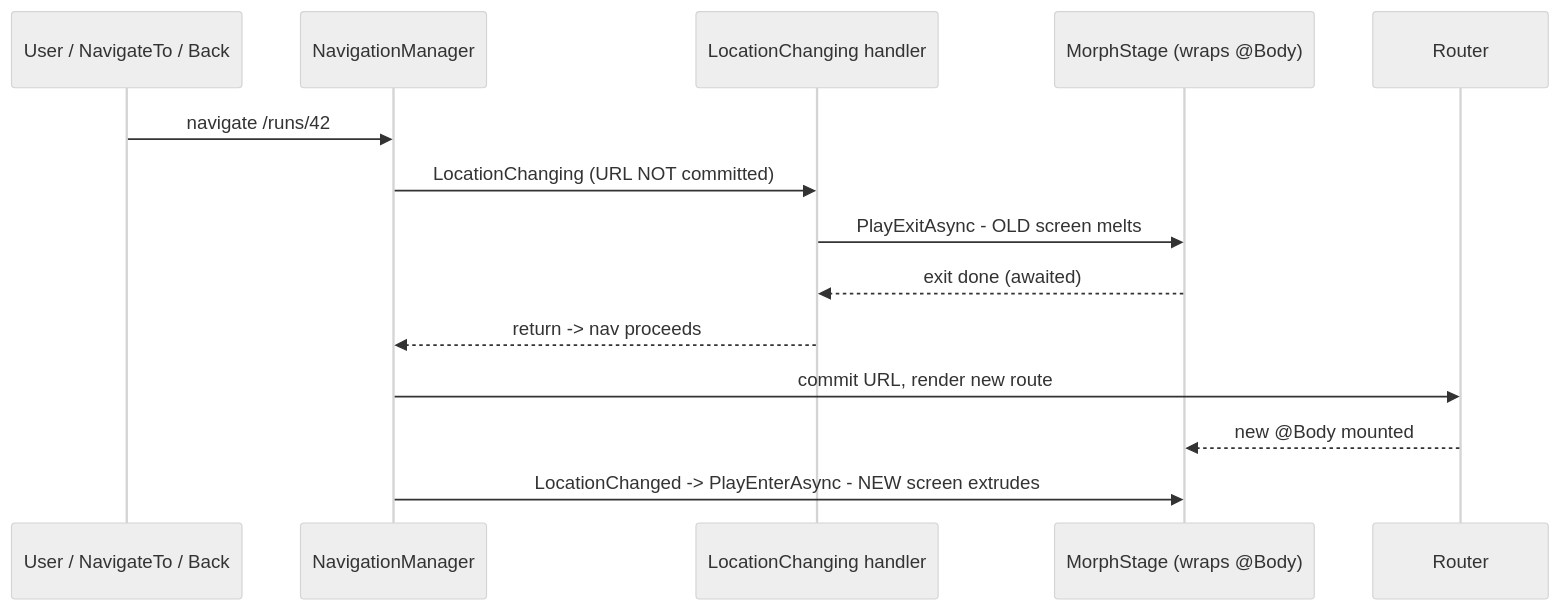
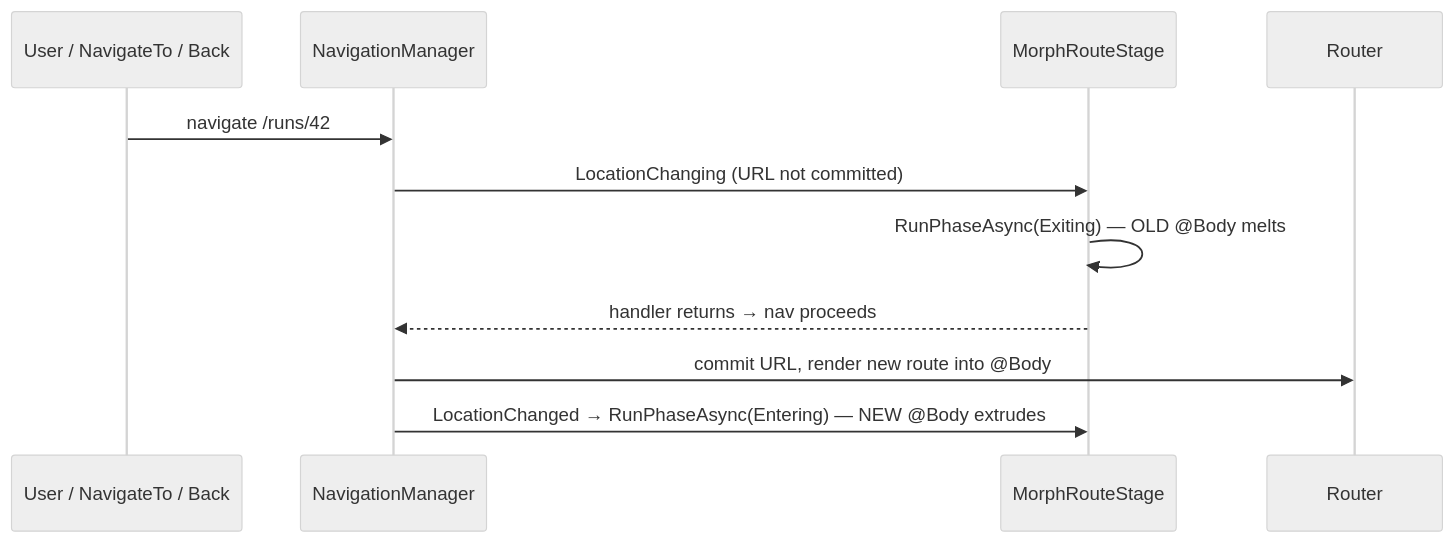
The third of 3 diagrams in PLANS/animation-ui-foundation.md (MgCohen/abox-server), drawn with Mermaid (neutral theme) before and after one commit. The commit also changed other lines of this file and 23 other files, not shown here.

````diff
--- a/PLANS/animation-ui-foundation.md
+++ b/PLANS/animation-ui-foundation.md
@@ -527,17 +491,13 @@
 ```mermaid
 sequenceDiagram
     participant U as User / NavigateTo / Back
     participant N as NavigationManager
-    participant H as LocationChanging handler
-    participant S as MorphStage (wraps @Body)
+    participant S as MorphRouteStage
     participant R as Router
-
     U->>N: navigate /runs/42
-    N->>H: LocationChanging (URL NOT committed)
-    H->>S: PlayExitAsync - OLD screen melts
-    S-->>H: exit done (awaited)
-    H-->>N: return -> nav proceeds
-    N->>R: commit URL, render new route
-    R-->>S: new @Body mounted
-    N->>S: LocationChanged -> PlayEnterAsync - NEW screen extrudes
+    N->>S: LocationChanging (URL not committed)
+    S->>S: RunPhaseAsync(Exiting) — OLD @Body melts
+    S-->>N: handler returns → nav proceeds
+    N->>R: commit URL, render new route into @Body
+    N->>S: LocationChanged → RunPhaseAsync(Entering) — NEW @Body extrudes
 ```
````
